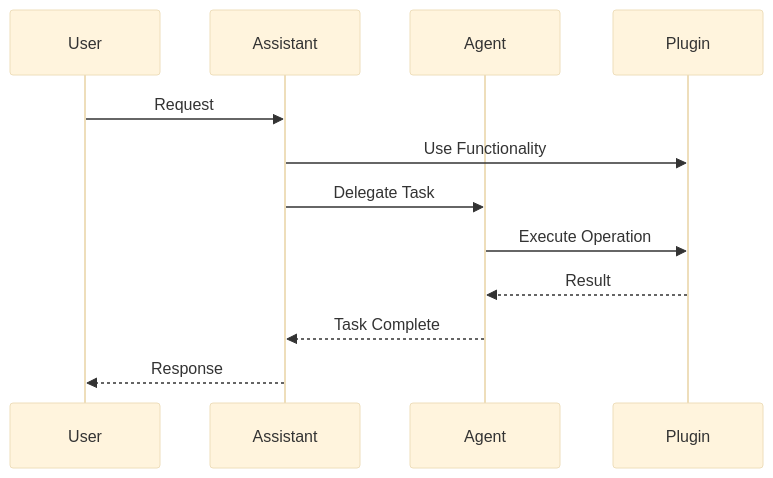
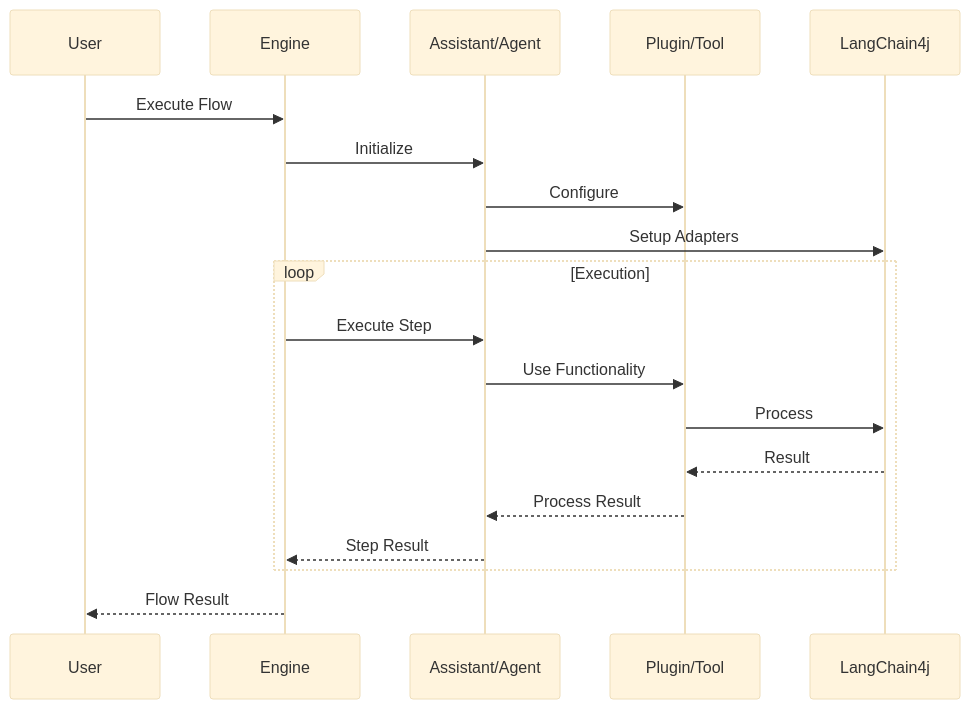
The first of 4 diagrams in docs/architecture/ai-components.md (edsonmartins/archflow), drawn with Mermaid (base theme) before and after one commit. The commit also changed other lines of this file and 26 other files, not shown here.

````diff
--- a/docs/architecture/ai-components.md
+++ b/docs/architecture/ai-components.md
@@ -112,15 +107,24 @@
 ```mermaid
 sequenceDiagram
     participant User
-    participant Assistant
-    participant Agent
-    participant Plugin
+    participant Engine
+    participant Assistant/Agent
+    participant Plugin/Tool
+    participant LangChain4j
     
-    User->>Assistant: Request
-    Assistant->>Plugin: Use Functionality
-    Assistant->>Agent: Delegate Task
-    Agent->>Plugin: Execute Operation
-    Plugin-->>Agent: Result
-    Agent-->>Assistant: Task Complete
-    Assistant-->>User: Response
+    User->>Engine: Execute Flow
+    Engine->>Assistant/Agent: Initialize
+    Assistant/Agent->>Plugin/Tool: Configure
+    Assistant/Agent->>LangChain4j: Setup Adapters
+    
+    loop Execution
+        Engine->>Assistant/Agent: Execute Step
+        Assistant/Agent->>Plugin/Tool: Use Functionality
+        Plugin/Tool->>LangChain4j: Process
+        LangChain4j-->>Plugin/Tool: Result
+        Plugin/Tool-->>Assistant/Agent: Process Result
+        Assistant/Agent-->>Engine: Step Result
+    end
+    
+    Engine-->>User: Flow Result
 ```
````
